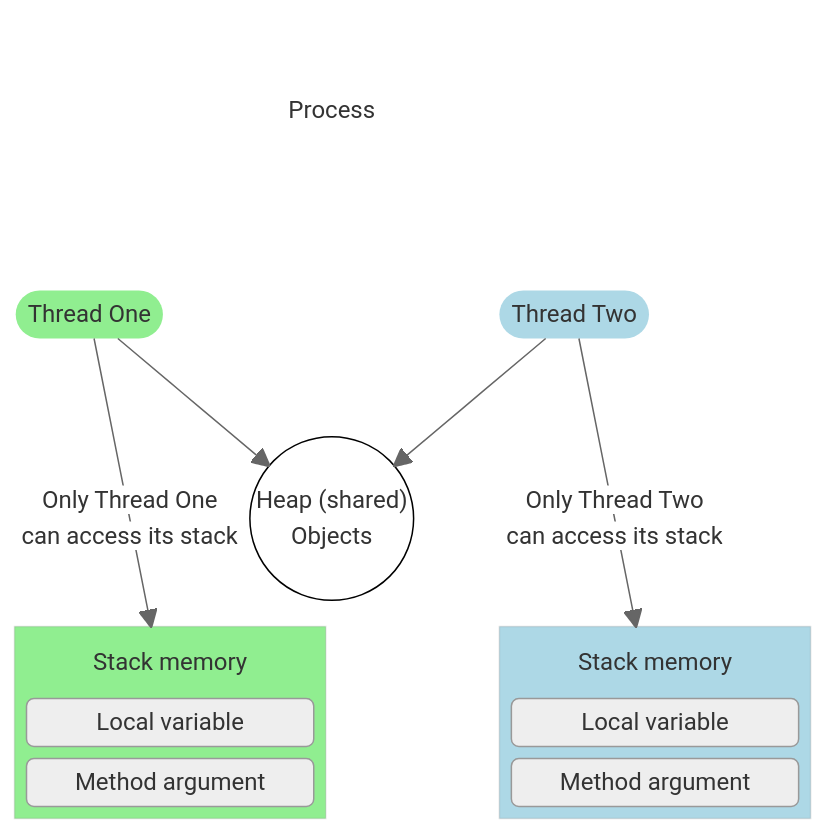
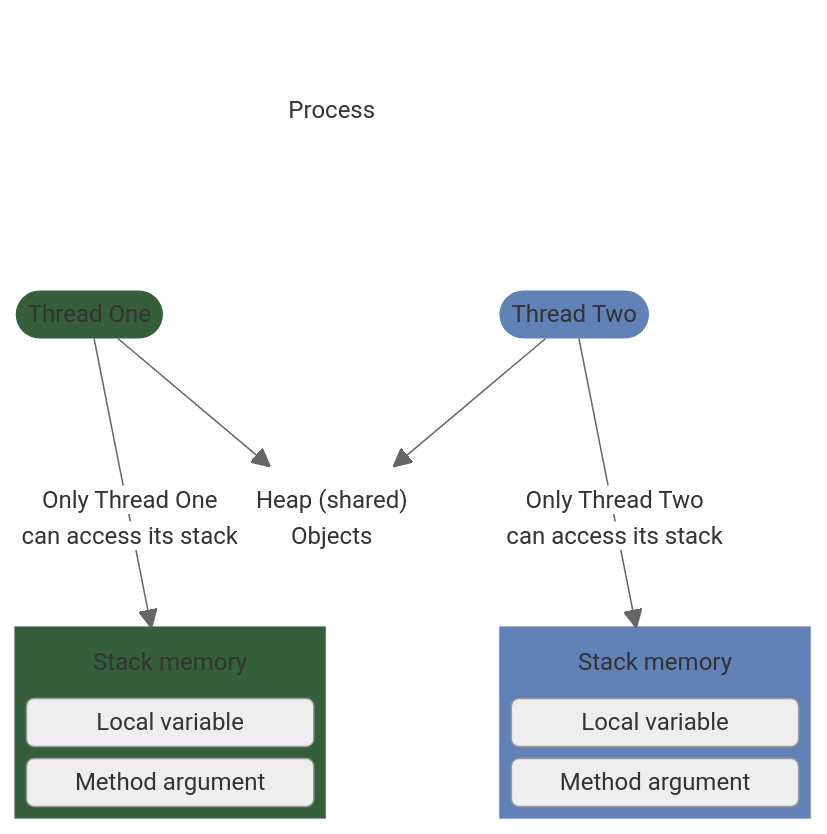
One commit to daverbk/studies changed the first of 4 diagrams in conspectus/docs/java/concurrency.md. Above: the diagram before and after it, drawn with Mermaid (neutral theme). The commit also changed other lines of this file, not shown here.

````diff
--- a/conspectus/docs/java/concurrency.md
+++ b/conspectus/docs/java/concurrency.md
@@ -24,39 +26,39 @@
 ```mermaid
 block-beta
     columns 4
     title{{"Process"}}:4
 
     l(["Thread One"])
     space:2
     r(["Thread Two"])
 
     heap(("Heap (shared)\n Objects")):4
     l --> heap
     r --> heap
 
     block:stack1:2
         columns 1
         stack1m("Stack memory")
         lv1("Local variable")
         ma1("Method argument")
     end
     space
     block:stack2:2
         columns 1
         stack2m("Stack memory")
         lv2("Local variable")
         ma2("Method argument")
     end
 
     l --"Only Thread One \ncan access its stack"--> stack1
     r --"Only Thread Two \ncan access its stack"--> stack2
 
-    style l fill:#90EE90, stroke:none
-    style stack1 fill:#90EE90
-    style r fill:#ADD8E6, stroke:none
-    style stack2 fill:#ADD8E6
-    style heap fill:none,stroke:black
+    style l fill:#355E3B, stroke:none
+    style stack1 fill:#355E3B
+    style r fill:#6082B6, stroke:none
+    style stack2 fill:#6082B6
+    style heap fill:none,stroke:none
     style title fill:none,stroke:none
     style stack1m fill:none,stroke:none
     style stack2m fill:none,stroke:none
 ```
````
